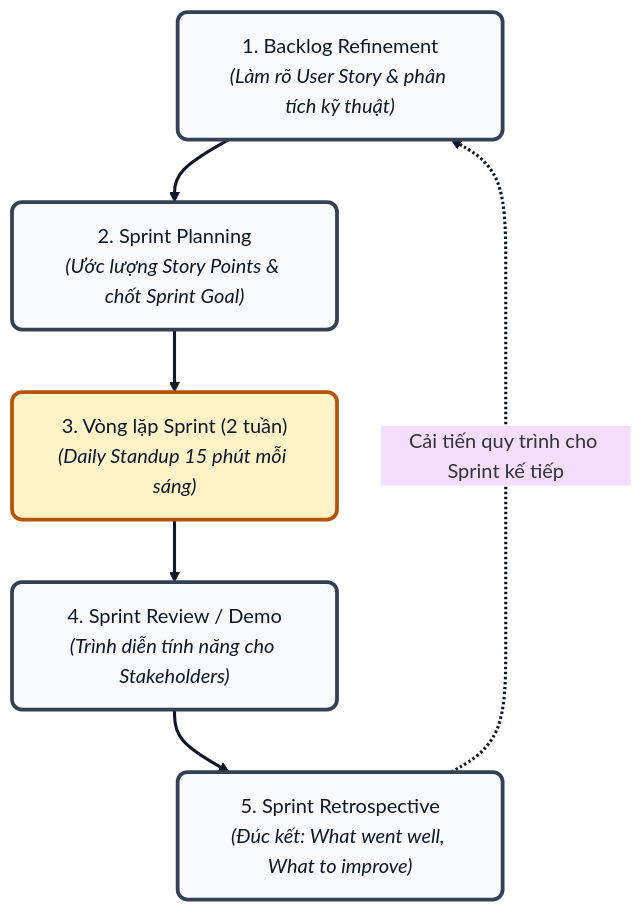
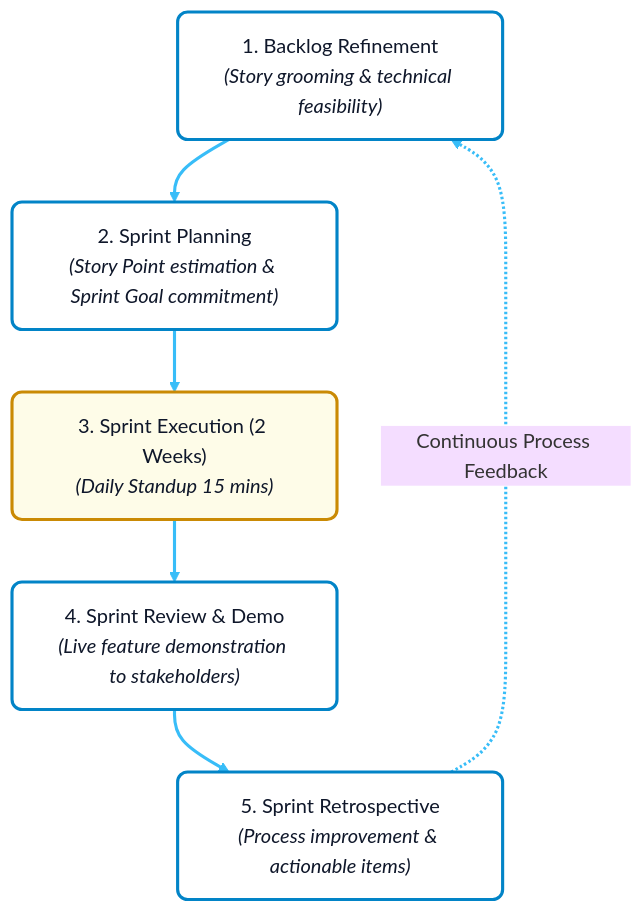
One commit to Huy210205/ts-learning changed the third of 8 diagrams in PRODUCT-DEVELOPMENT-PROCESS.md. Above: the diagram before and after it, drawn with Mermaid. The commit also changed other lines of this file, not shown here.

````diff
--- a/PRODUCT-DEVELOPMENT-PROCESS.md
+++ b/PRODUCT-DEVELOPMENT-PROCESS.md
@@ -124,17 +115,17 @@
 ```mermaid
 %%{init: {'theme': 'base', 'themeVariables': { 'fontFamily': 'sans-serif' }}}%%
 flowchart TD
-    classDef event fill:#f8fafc,stroke:#334155,stroke-width:3px,color:#0f172a,rx:8px,ry:8px
-    classDef loop fill:#fef3c7,stroke:#b45309,stroke-width:3px,color:#0f172a,rx:8px,ry:8px
+    classDef scrumBox fill:#ffffff,stroke:#0284c7,stroke-width:2.5px,color:#0f172a,rx:8px,ry:8px
+    classDef loopBox fill:#fefce8,stroke:#ca8a04,stroke-width:2.5px,color:#0f172a,rx:8px,ry:8px
 
-    E1["1. Backlog Refinement<br/><i>(Làm rõ User Story & phân tích kỹ thuật)</i>"]:::event
-    E2["2. Sprint Planning<br/><i>(Ước lượng Story Points & chốt Sprint Goal)</i>"]:::event
-    E3["3. Vòng lặp Sprint (2 tuần)<br/><i>(Daily Standup 15 phút mỗi sáng)</i>"]:::loop
-    E4["4. Sprint Review / Demo<br/><i>(Trình diễn tính năng cho Stakeholders)</i>"]:::event
-    E5["5. Sprint Retrospective<br/><i>(Đúc kết: What went well, What to improve)</i>"]:::event
+    E1["1. Backlog Refinement<br/><i>(Story grooming & technical feasibility)</i>"]:::scrumBox
+    E2["2. Sprint Planning<br/><i>(Story Point estimation & Sprint Goal commitment)</i>"]:::scrumBox
+    E3["3. Sprint Execution (2 Weeks)<br/><i>(Daily Standup 15 mins)</i>"]:::loopBox
+    E4["4. Sprint Review & Demo<br/><i>(Live feature demonstration to stakeholders)</i>"]:::scrumBox
+    E5["5. Sprint Retrospective<br/><i>(Process improvement & actionable items)</i>"]:::scrumBox
 
     E1 ==> E2 ==> E3 ==> E4 ==> E5
-    E5 -.->|"Cải tiến quy trình cho Sprint kế tiếp"| E1
+    E5 -.->|"Continuous Process Feedback"| E1
 
-    linkStyle default stroke:#0f172a,stroke-width:2.5px;
+    linkStyle default stroke:#38bdf8,stroke-width:2.5px;
 ```
````
